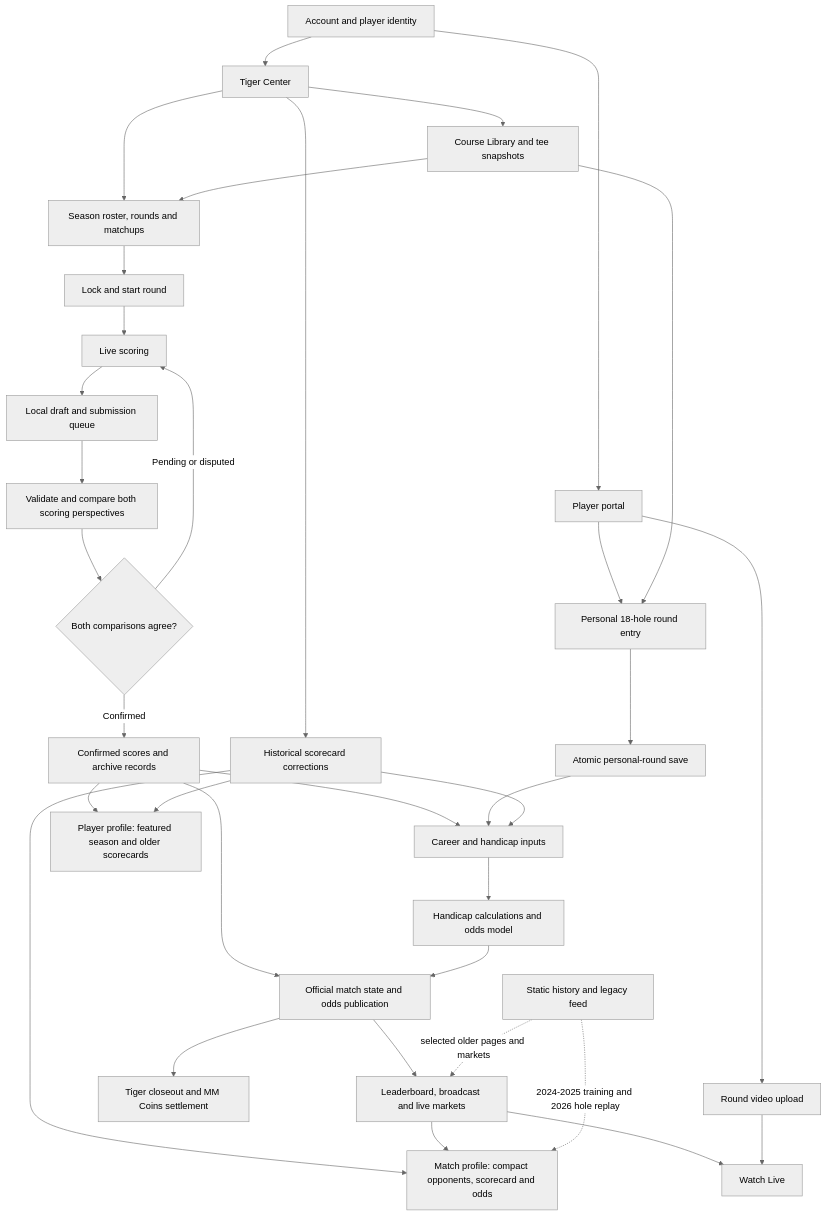
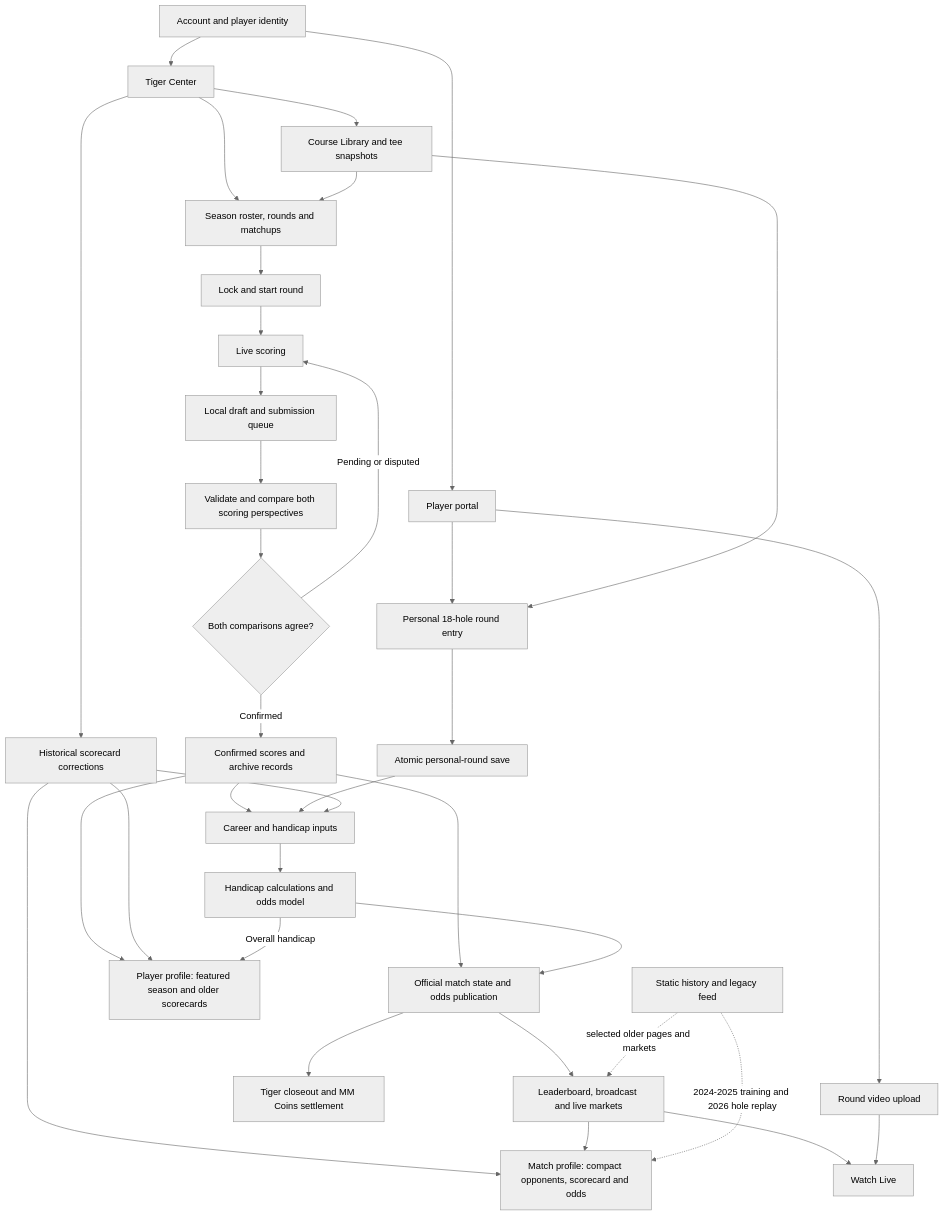
The diagram in docs/app-workflow.md (cadebarone00/MM-Website), drawn with Mermaid (neutral theme) before and after one commit. The commit also changed other lines of this file and 4 other files, not shown here.

````diff
--- a/docs/app-workflow.md
+++ b/docs/app-workflow.md
@@ -9,39 +9,40 @@
 ```mermaid
 flowchart TD
   A[Account and player identity] --> P[Player portal]
   A --> T[Tiger Center]
   T --> C[Course Library and tee snapshots]
   T --> S[Season roster, rounds and matchups]
   C --> S
   S --> R[Lock and start round]
   R --> L[Live scoring]
   L --> D[Local draft and submission queue]
   D --> V[Validate and compare both scoring perspectives]
   V --> Q{Both comparisons agree?}
   Q -- Pending or disputed --> L
   Q -- Confirmed --> H[Confirmed scores and archive records]
   H --> O[Official match state and odds publication]
   H --> K[Career and handicap inputs]
   H --> PP[Player profile: featured season and older scorecards]
   X --> MP
   X --> PP
   %% Match pages preserve continuous scrolling with equal 56px hole and total columns.
   O --> B[Leaderboard, broadcast and live markets]
   B --> MP[Match profile: compact opponents, scorecard and odds]
   Z -. 2024-2025 training and 2026 hole replay .-> MP
   O --> F[Tiger closeout and MM Coins settlement]
   %% Portal: overall handicap number opens My Handicap; separate Submit a score pill opens the handicap screen.
   P --> N[Personal 18-hole round entry]
   C --> N
   N --> E[Atomic personal-round save]
   E --> K
   T --> X[Historical scorecard corrections]
   X --> K
   K --> M[Handicap calculations and odds model]
   M --> O
+  M -- Overall handicap --> PP
   B --> W[Watch Live]
   P --> U[Round video upload]
   U --> W
   %% Audit 2026-09-21: historical scorecard round IDs and setup round IDs are misaligned; repair pending.
   Z[Static history and legacy feed] -. selected older pages and markets .-> B
 ```
````
